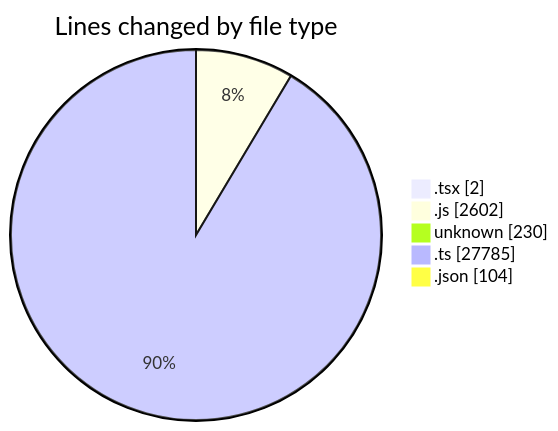
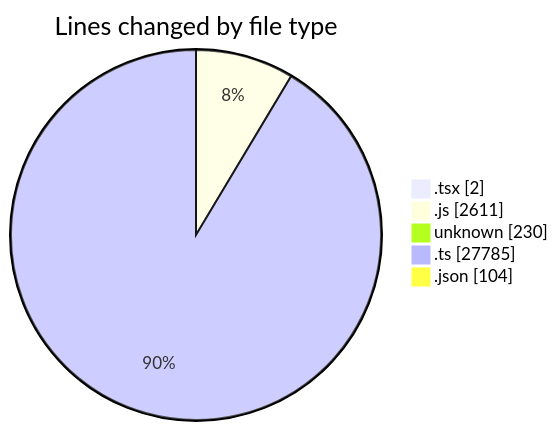
One commit to momahboobian/code-tracking changed the first of 2 diagrams in 2026-05-06/cda/README.md. Above: the diagram before and after it, drawn with Mermaid. The commit also changed other lines of this file and 1 other file, not shown here.

````diff
--- a/2026-05-06/cda/README.md
+++ b/2026-05-06/cda/README.md
@@ -36,9 +36,9 @@
 ```mermaid
 pie showData
 title Lines changed by file type
 ".tsx" : 2
-".js" : 2602
+".js" : 2611
 "unknown" : 230
 ".ts" : 27785
 ".json" : 104
 ```
````
